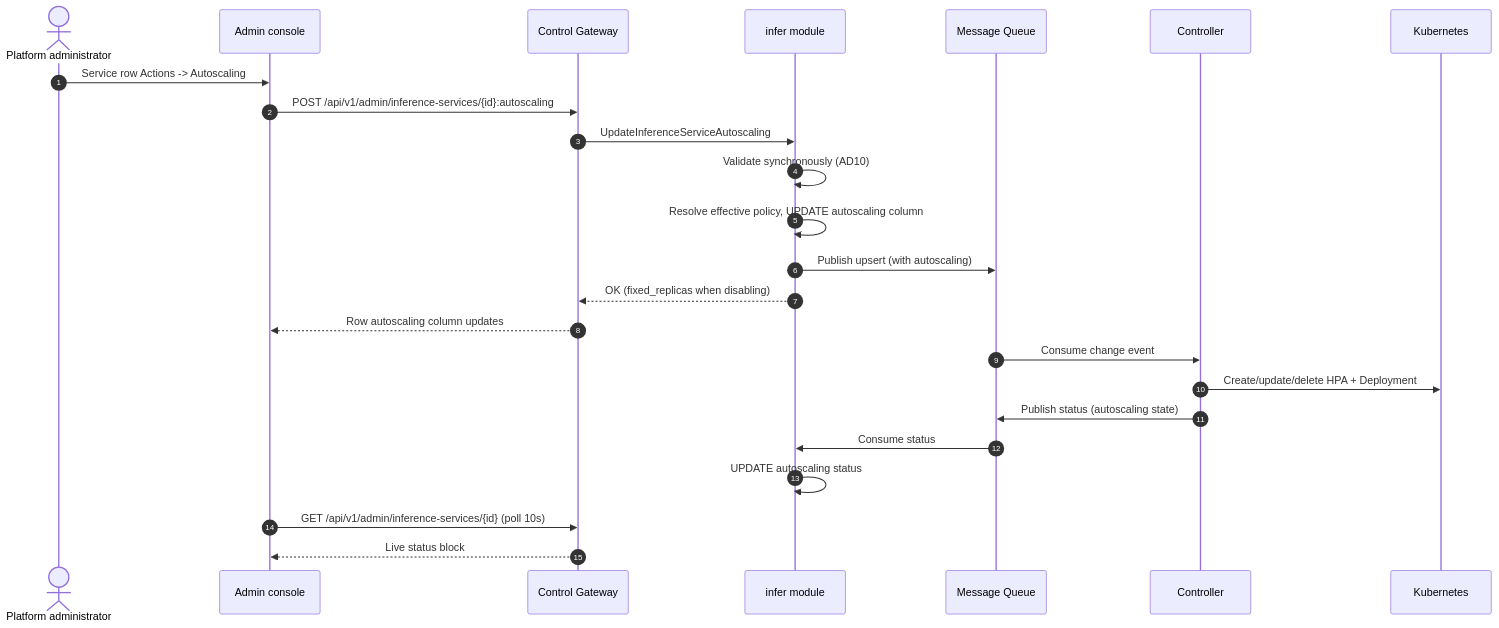
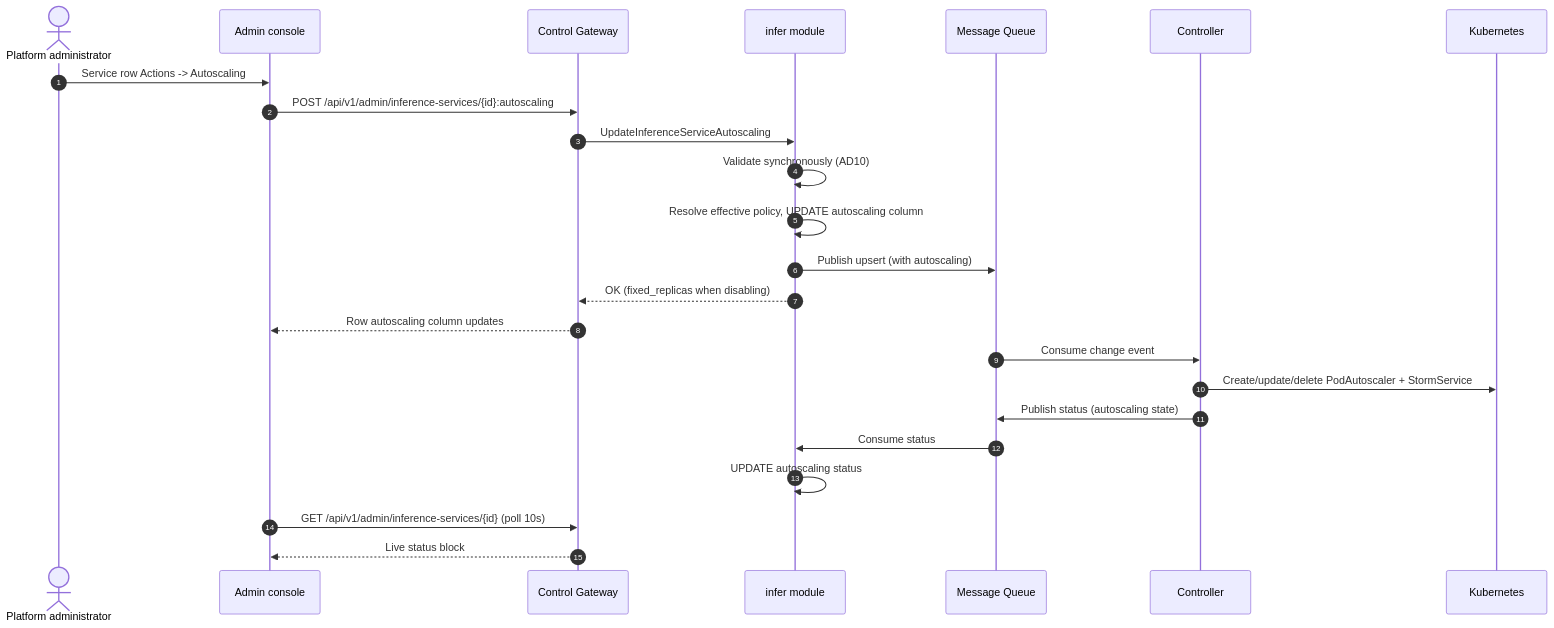
One commit to go-taas/go-taas changed the third of 5 diagrams in site/docs/architecture/inference-autoscaling.md. Above: the diagram before and after it, drawn with Mermaid. The commit also changed other lines of this file and 41 other files, not shown here.

````diff
--- a/site/docs/architecture/inference-autoscaling.md
+++ b/site/docs/architecture/inference-autoscaling.md
@@ -519,27 +508,27 @@
 ```mermaid
 sequenceDiagram
     autonumber
     actor Admin as Platform administrator
     participant UI as Admin console
     participant CGW as Control Gateway
     participant Infer as infer module
     participant MQ as Message Queue
     participant CTRL as Controller
     participant K8s as Kubernetes
 
     Admin->>UI: Service row Actions -> Autoscaling
     UI->>CGW: POST /api/v1/admin/inference-services/{id}:autoscaling
     CGW->>Infer: UpdateInferenceServiceAutoscaling
     Infer->>Infer: Validate synchronously (AD10)
     Infer->>Infer: Resolve effective policy, UPDATE autoscaling column
     Infer->>MQ: Publish upsert (with autoscaling)
     Infer-->>CGW: OK (fixed_replicas when disabling)
     CGW-->>UI: Row autoscaling column updates
     MQ->>CTRL: Consume change event
-    CTRL->>K8s: Create/update/delete HPA + Deployment
+    CTRL->>K8s: Create/update/delete PodAutoscaler + StormService
     CTRL->>MQ: Publish status (autoscaling state)
     MQ->>Infer: Consume status
     Infer->>Infer: UPDATE autoscaling status
     UI->>CGW: GET /api/v1/admin/inference-services/{id} (poll 10s)
     CGW-->>UI: Live status block
 ```
````
